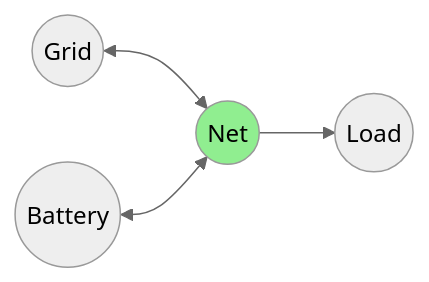
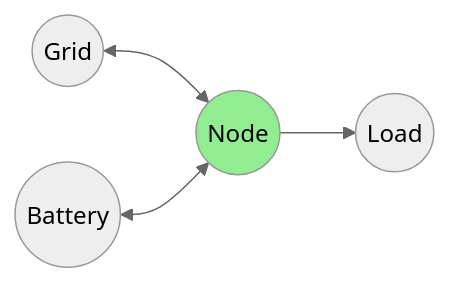
The second of 2 diagrams in docs/modeling/index.md (hass-energy/haeo), drawn with Mermaid (neutral theme) before and after one commit. The commit also changed other lines of this file and 54 other files, not shown here.

````diff
--- a/docs/modeling/index.md
+++ b/docs/modeling/index.md
@@ -219,8 +219,8 @@
 ```mermaid
 graph LR
-    Grid((Grid)) <--> Net((Net))
-    Battery((Battery)) <--> Net
-    Net --> Load((Load))
+    Grid((Grid)) <--> Node((Node))
+    Battery((Battery)) <--> Node
+    Node --> Load((Load))
 
-    style Net fill:#90EE90
+    style Node fill:#90EE90
 ```
````
